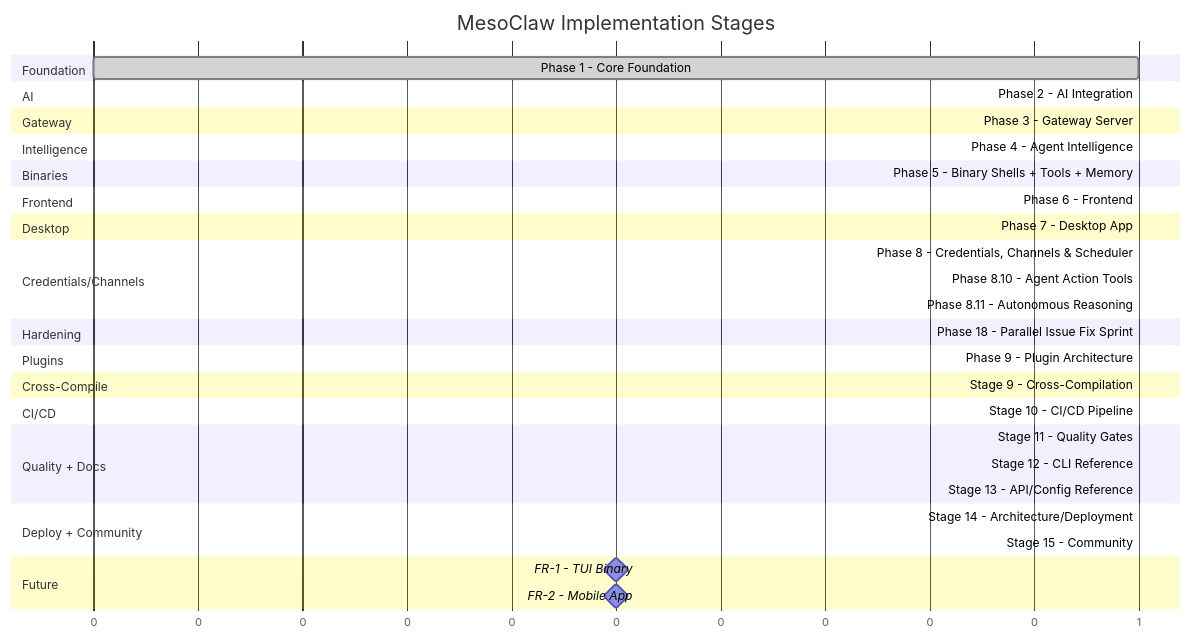
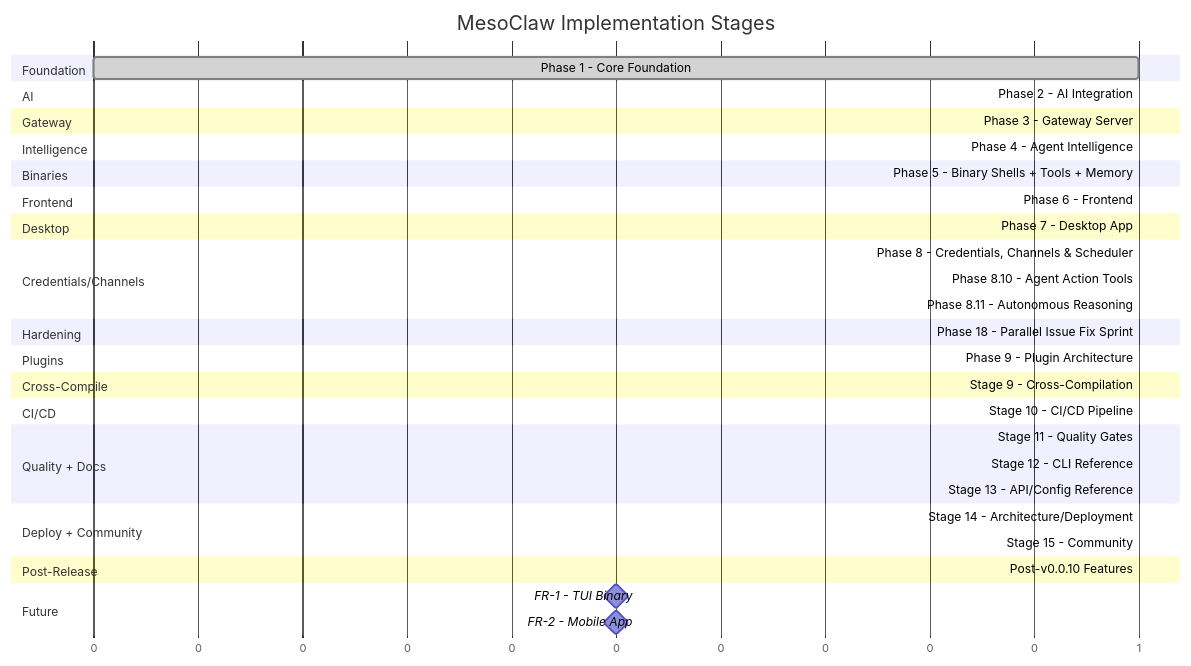
The second of 2 diagrams in docs/phases.md (sprklai/zenii), drawn with Mermaid before and after one commit. The commit also changed other lines of this file and 3 other files, not shown here.

First line of the commit message:
docs: update README, architecture, phases, and processes for post-v0.0.10 features

````diff
--- a/docs/phases.md
+++ b/docs/phases.md
@@ -118,43 +119,45 @@
 ```mermaid
 gantt
     title MesoClaw Implementation Stages
     dateFormat X
     axisFormat %s
 
     section Foundation
     Phase 1 - Core Foundation           :done, p1, 0, 1
     section AI
     Phase 2 - AI Integration            :done, p2, after p1, 1
     section Gateway
     Phase 3 - Gateway Server            :done, p3, after p2, 1
     section Intelligence
     Phase 4 - Agent Intelligence         :done, p4, after p3, 1
     section Binaries
     Phase 5 - Binary Shells + Tools + Memory :done, p5, after p4, 1
     section Frontend
     Phase 6 - Frontend                  :done, p6, after p5, 1
     section Desktop
     Phase 7 - Desktop App               :done, p7, after p6, 1
     section Credentials/Channels
     Phase 8 - Credentials, Channels & Scheduler :done, p8, after p7, 1
     Phase 8.10 - Agent Action Tools :done, p810, after p8, 1
     Phase 8.11 - Autonomous Reasoning :done, p811, after p810, 1
     section Hardening
     Phase 18 - Parallel Issue Fix Sprint :done, p18, after p811, 1
     section Plugins
     Phase 9 - Plugin Architecture :done, p9, after p18, 1
     section Cross-Compile
     Stage 9 - Cross-Compilation         :done, s9, after p8, 1
     section CI/CD
     Stage 10 - CI/CD Pipeline           :done, s10, after s9, 1
     section Quality + Docs
     Stage 11 - Quality Gates            :done, s11, after s10, 1
     Stage 12 - CLI Reference            :done, s12, after p8, 1
     Stage 13 - API/Config Reference     :done, s13, after s12, 1
     section Deploy + Community
     Stage 14 - Architecture/Deployment  :done, s14, after s13, 1
     Stage 15 - Community                :done, s15, after s13, 1
+    section Post-Release
+    Post-v0.0.10 Features              :done, post, after p9, 1
     section Future
     FR-1 - TUI Binary                   :milestone, fr1, after s15, 0
     FR-2 - Mobile App                   :milestone, fr2, after s15, 0
 ```
````
